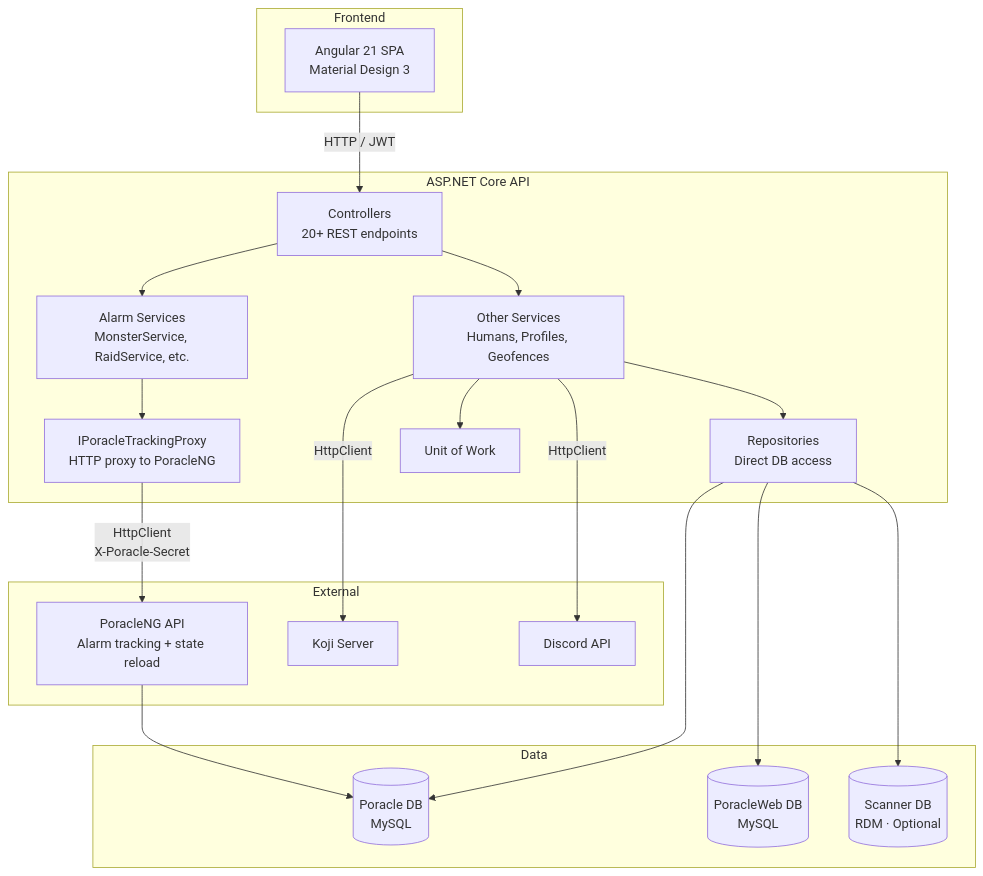
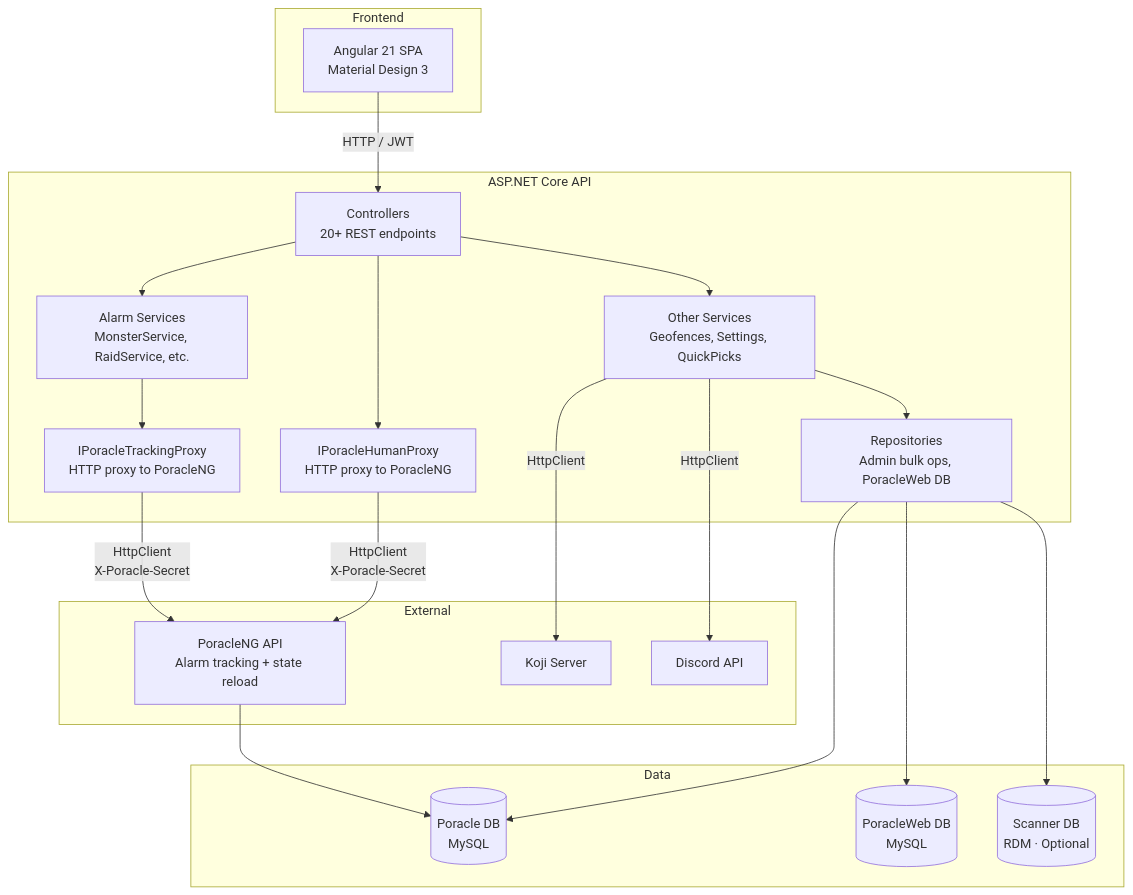
One commit to PGAN-Dev/PoracleWeb.NET changed the diagram in docs/architecture/overview.md. Above: the diagram before and after it, drawn with Mermaid. The commit also changed other lines of this file and 1 other file, not shown here.

Commit message:
fix: remove stale UoW references from architecture overview diagram (#87)

````diff
--- a/docs/architecture/overview.md
+++ b/docs/architecture/overview.md
@@ -35,41 +34,42 @@
 ```mermaid
 graph TB
     subgraph Frontend
         Angular[Angular 21 SPA<br/>Material Design 3]
     end
 
     subgraph Backend["ASP.NET Core API"]
         Controllers[Controllers<br/>20+ REST endpoints]
         AlarmServices[Alarm Services<br/>MonsterService, RaidService, etc.]
         TrackingProxy[IPoracleTrackingProxy<br/>HTTP proxy to PoracleNG]
-        OtherServices[Other Services<br/>Humans, Profiles, Geofences]
-        Repositories[Repositories<br/>Direct DB access]
-        UoW[Unit of Work]
+        HumanProxy[IPoracleHumanProxy<br/>HTTP proxy to PoracleNG]
+        OtherServices[Other Services<br/>Geofences, Settings, QuickPicks]
+        Repositories[Repositories<br/>Admin bulk ops, PoracleWeb DB]
     end
 
     subgraph Data
         PoracleDB[(Poracle DB<br/>MySQL)]
         WebDB[(PoracleWeb DB<br/>MySQL)]
         ScannerDB[(Scanner DB<br/>RDM · Optional)]
     end
 
     subgraph External
         PoracleNG[PoracleNG API<br/>Alarm tracking + state reload]
         Koji[Koji Server]
         Discord[Discord API]
     end
 
     Angular -->|HTTP / JWT| Controllers
     Controllers --> AlarmServices
     Controllers --> OtherServices
     AlarmServices --> TrackingProxy
+    Controllers --> HumanProxy
     TrackingProxy -->|HttpClient<br/>X-Poracle-Secret| PoracleNG
+    HumanProxy -->|HttpClient<br/>X-Poracle-Secret| PoracleNG
     PoracleNG --> PoracleDB
     OtherServices --> Repositories
-    OtherServices --> UoW
     Repositories --> PoracleDB
     Repositories --> WebDB
     Repositories --> ScannerDB
     OtherServices -->|HttpClient| Koji
     OtherServices -->|HttpClient| Discord
 ```
````
